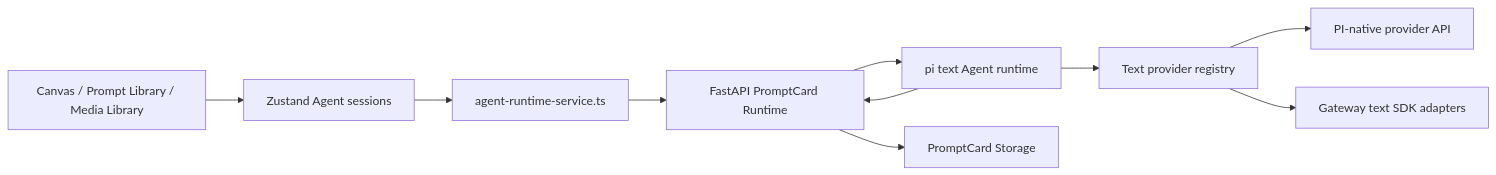
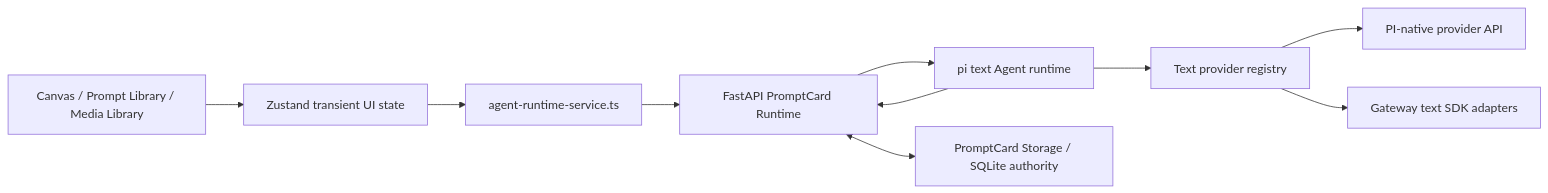
The diagram in docs/architecture/agent-runtime-boundary.md (Aoye-3/PromptCard-Agent), drawn with Mermaid before and after one commit. The commit also changed other lines of this file and 74 other files, not shown here.

````diff
--- a/docs/architecture/agent-runtime-boundary.md
+++ b/docs/architecture/agent-runtime-boundary.md
@@ -7,20 +7,20 @@
 ```mermaid
 flowchart LR
   UI["Canvas / Prompt Library / Media Library"]
-  Store["Zustand Agent sessions"]
+  Store["Zustand transient UI state"]
   Client["agent-runtime-service.ts"]
   Gateway["FastAPI PromptCard Runtime"]
   Pi["pi text Agent runtime"]
   Registry["Text provider registry"]
   Native["PI-native provider API"]
   SDK["Gateway text SDK adapters"]
-  Storage["PromptCard Storage"]
+  Storage["PromptCard Storage / SQLite authority"]
 
   UI --> Store --> Client --> Gateway
+  Gateway <--> Storage
   Gateway --> Pi
   Pi --> Gateway
   Pi --> Registry
   Registry --> Native
   Registry --> SDK
-  Gateway --> Storage
 ```
````
